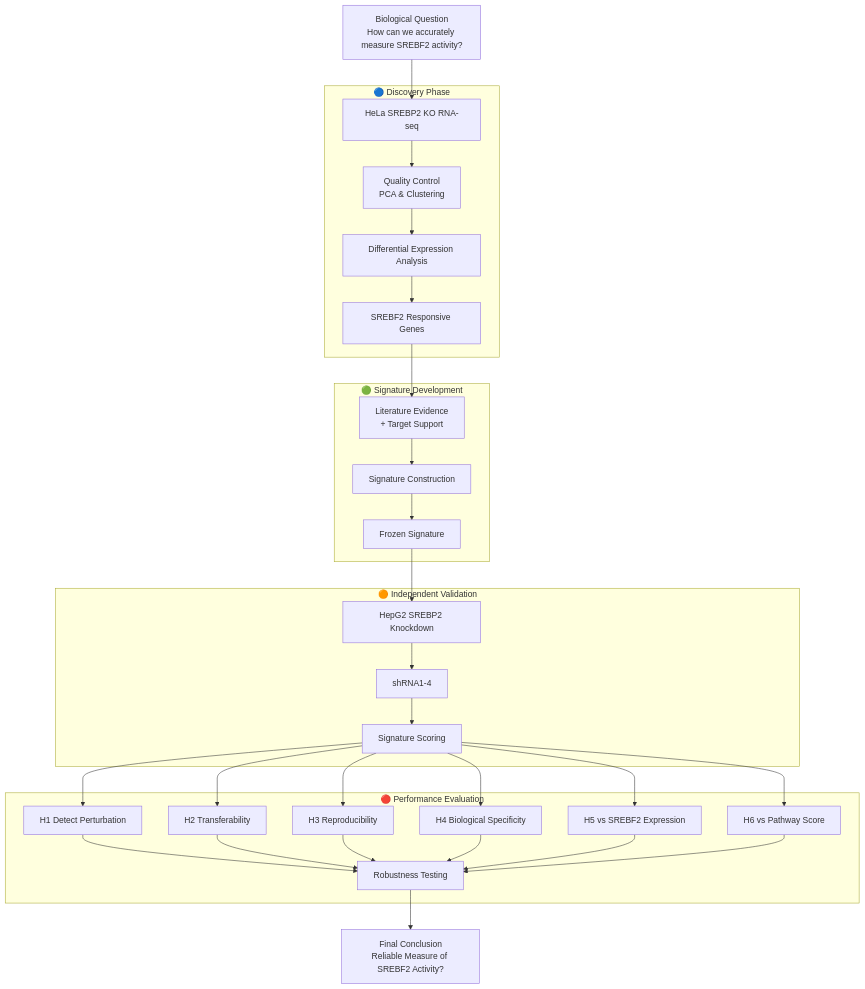
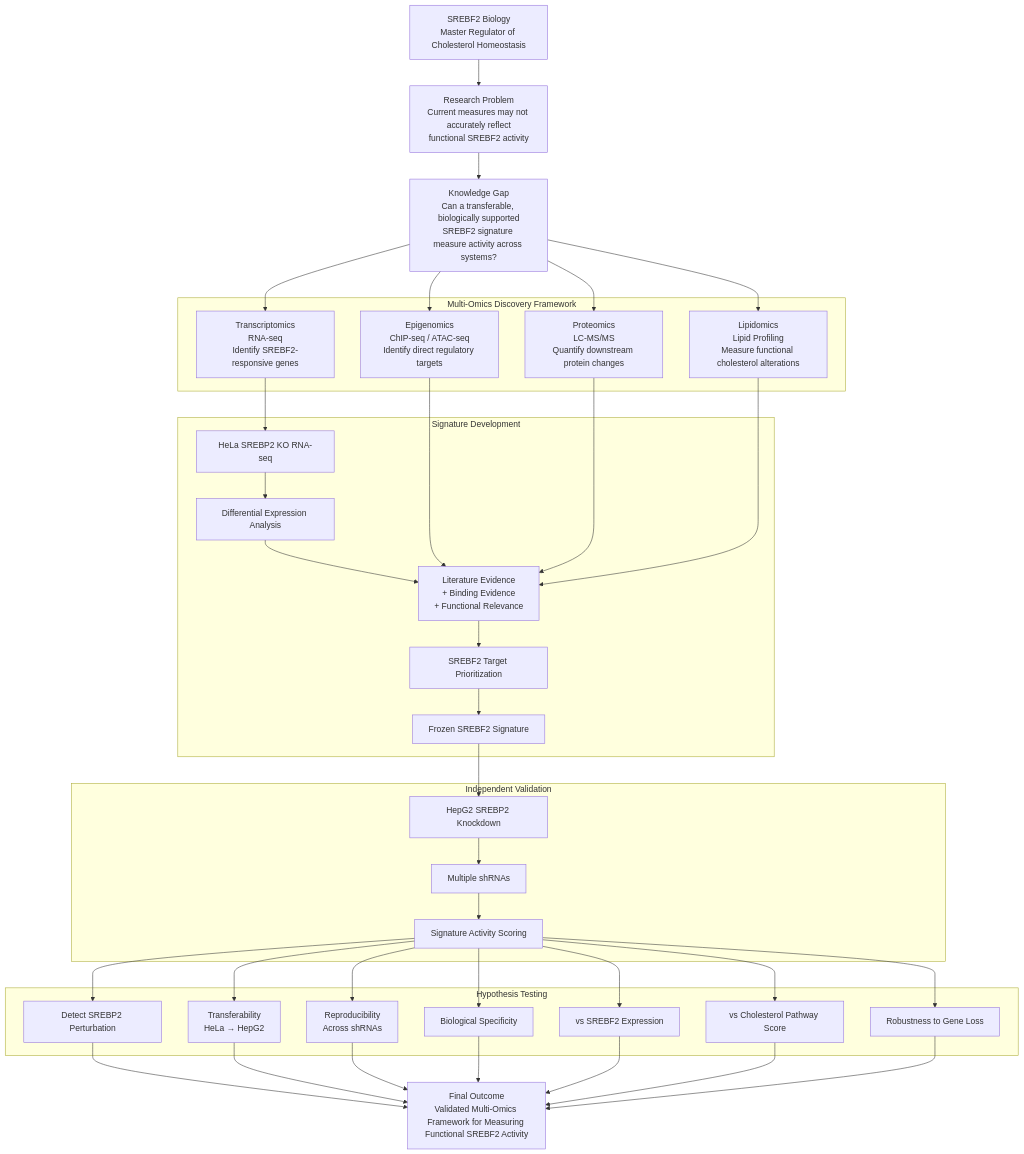
The second of 2 diagrams in README.md (mtariqi/srebf2-regulatory-signature), drawn with Mermaid before and after one commit. The commit also changed other lines of this file, not shown here.

````diff
--- a/README.md
+++ b/README.md
@@ -162,65 +244,103 @@
 ```mermaid
 flowchart TD
 
-A[Biological Question<br/>How can we accurately measure SREBF2 activity?]
+A["SREBF2 Biology<br/>Master Regulator of Cholesterol Homeostasis"]
 
-subgraph D[🔵 Discovery Phase]
-B[HeLa SREBP2 KO RNA-seq]
-C[Quality Control<br/>PCA & Clustering]
-D1[Differential Expression Analysis]
-E[SREBF2 Responsive Genes]
-end
+B["Research Problem<br/>Current measures may not accurately reflect<br/>functional SREBF2 activity"]
 
-subgraph S[🟢 Signature Development]
-F[Literature Evidence<br/>+ Target Support]
-G[Signature Construction]
-H[Frozen Signature]
-end
-
-subgraph V[🟠 Independent Validation]
-I[HepG2 SREBP2 Knockdown]
-J[shRNA1-4]
-K[Signature Scoring]
-end
-
-subgraph P[🔴 Performance Evaluation]
-L[H1 Detect Perturbation]
-M[H2 Transferability]
-N[H3 Reproducibility]
-O[H4 Biological Specificity]
-P1[H5 vs SREBF2 Expression]
-Q[H6 vs Pathway Score]
-R[Robustness Testing]
-end
-
-S1[Final Conclusion<br/>Reliable Measure of SREBF2 Activity?]
+C["Knowledge Gap<br/>Can a transferable, biologically supported<br/>SREBF2 signature measure activity across systems?"]
 
 A --> B
 B --> C
-C --> D1
-D1 --> E
 
-E --> F
-F --> G
-G --> H
+subgraph M["Multi-Omics Discovery Framework"]
+    
+    T["Transcriptomics<br/>RNA-seq<br/>Identify SREBF2-responsive genes"]
 
-H --> I
-I --> J
-J --> K
+    E["Epigenomics<br/>ChIP-seq / ATAC-seq<br/>Identify direct regulatory targets"]
 
-K --> L
-K --> M
-K --> N
-K --> O
-K --> P1
-K --> Q
+    P["Proteomics<br/>LC-MS/MS<br/>Quantify downstream protein changes"]
 
-L --> R
-M --> R
-N --> R
-O --> R
-P1 --> R
-Q --> R
+    L["Lipidomics<br/>Lipid Profiling<br/>Measure functional cholesterol alterations"]
 
-R --> S1
+end
+
+C --> T
+C --> E
+C --> P
+C --> L
+
+subgraph S["Signature Development"]
+
+    S1["HeLa SREBP2 KO RNA-seq"]
+
+    S2["Differential Expression Analysis"]
+
+    S3["Literature Evidence<br/>+ Binding Evidence<br/>+ Functional Relevance"]
+
+    S4["SREBF2 Target Prioritization"]
+
+    S5["Frozen SREBF2 Signature"]
+
+end
+
+T --> S1
+S1 --> S2
+S2 --> S3
+E --> S3
+P --> S3
+L --> S3
+
+S3 --> S4
+S4 --> S5
+
+subgraph V["Independent Validation"]
+
+    V1["HepG2 SREBP2 Knockdown"]
+
+    V2["Multiple shRNAs"]
+
+    V3["Signature Activity Scoring"]
+
+end
+
+S5 --> V1
+V1 --> V2
+V2 --> V3
+
+subgraph H["Hypothesis Testing"]
+
+    H1["Detect SREBP2 Perturbation"]
+
+    H2["Transferability<br/>HeLa → HepG2"]
+
+    H3["Reproducibility<br/>Across shRNAs"]
+
+    H4["Biological Specificity"]
+
+    H5["vs SREBF2 Expression"]
+
+    H6["vs Cholesterol Pathway Score"]
+
+    H7["Robustness to Gene Loss"]
+
+end
+
+V3 --> H1
+V3 --> H2
+V3 --> H3
+V3 --> H4
+V3 --> H5
+V3 --> H6
+V3 --> H7
+
+Z["Final Outcome<br/>Validated Multi-Omics Framework for Measuring Functional SREBF2 Activity"]
+
+H1 --> Z
+H2 --> Z
+H3 --> Z
+H4 --> Z
+H5 --> Z
+H6 --> Z
+H7 --> Z
 ```
````
